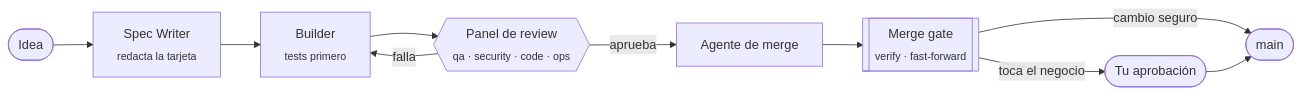
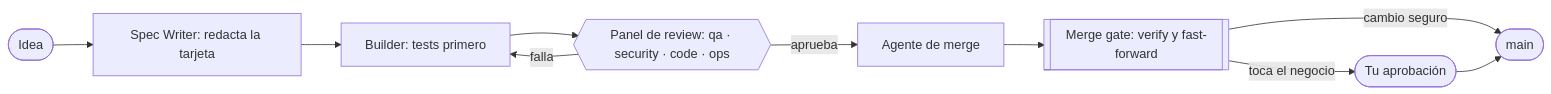
Before and after one commit to Tortillaa/prz-factory: the diagram in README.md, drawn with Mermaid. The commit also changed other lines of this file, not shown here.

Commit message:
📝 [docs] readme: fecha de las evals y diagrama sin HTML

````diff
--- a/README.md
+++ b/README.md
@@ -12,12 +12,12 @@
 ```mermaid
 flowchart LR
-  idea([Idea]) --> spec[Spec Writer<br/><sub>redacta la tarjeta</sub>]
-  spec --> build[Builder<br/><sub>tests primero</sub>]
-  build --> panel{{Panel de review<br/><sub>qa · security · code · ops</sub>}}
+  idea([Idea]) --> spec["Spec Writer: redacta la tarjeta"]
+  spec --> build["Builder: tests primero"]
+  build --> panel{{"Panel de review: qa · security · code · ops"}}
   panel -- falla --> build
   panel -- aprueba --> merge[Agente de merge]
-  merge --> gate[[Merge gate<br/><sub>verify · fast-forward</sub>]]
+  merge --> gate[["Merge gate: verify y fast-forward"]]
   gate -- cambio seguro --> main([main])
   gate -- toca el negocio --> you([Tu aprobación])
   you --> main
 ```
````
